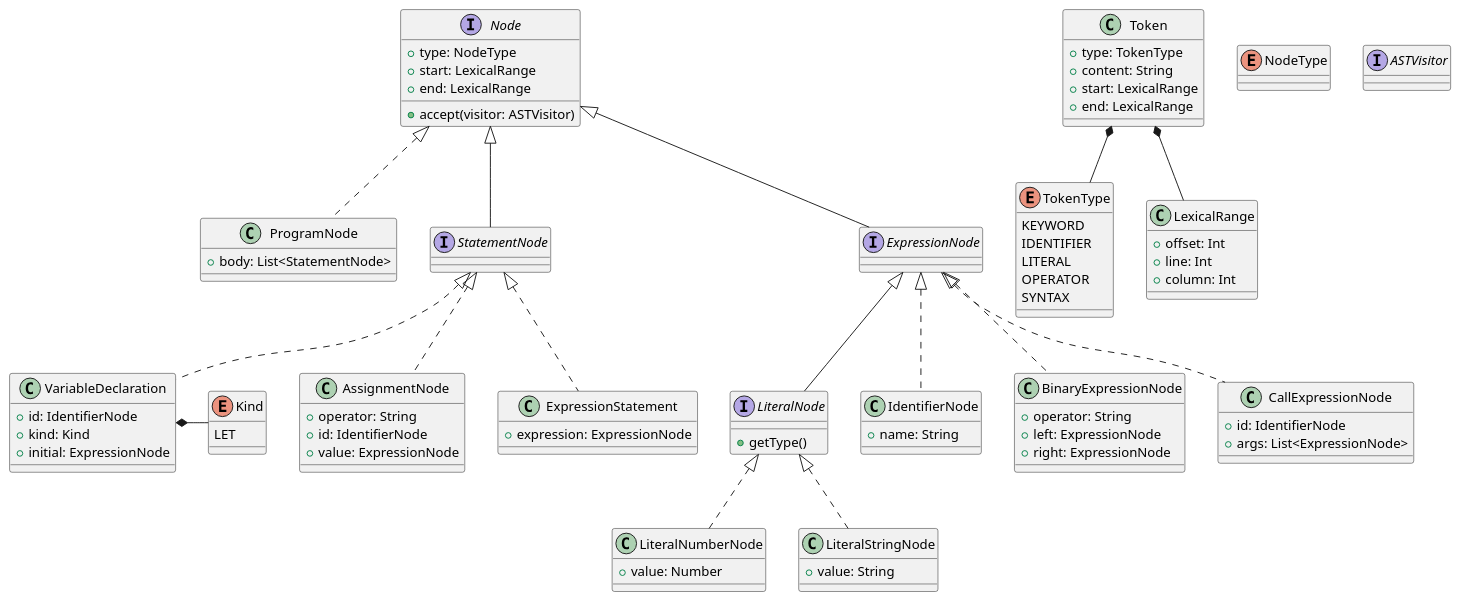
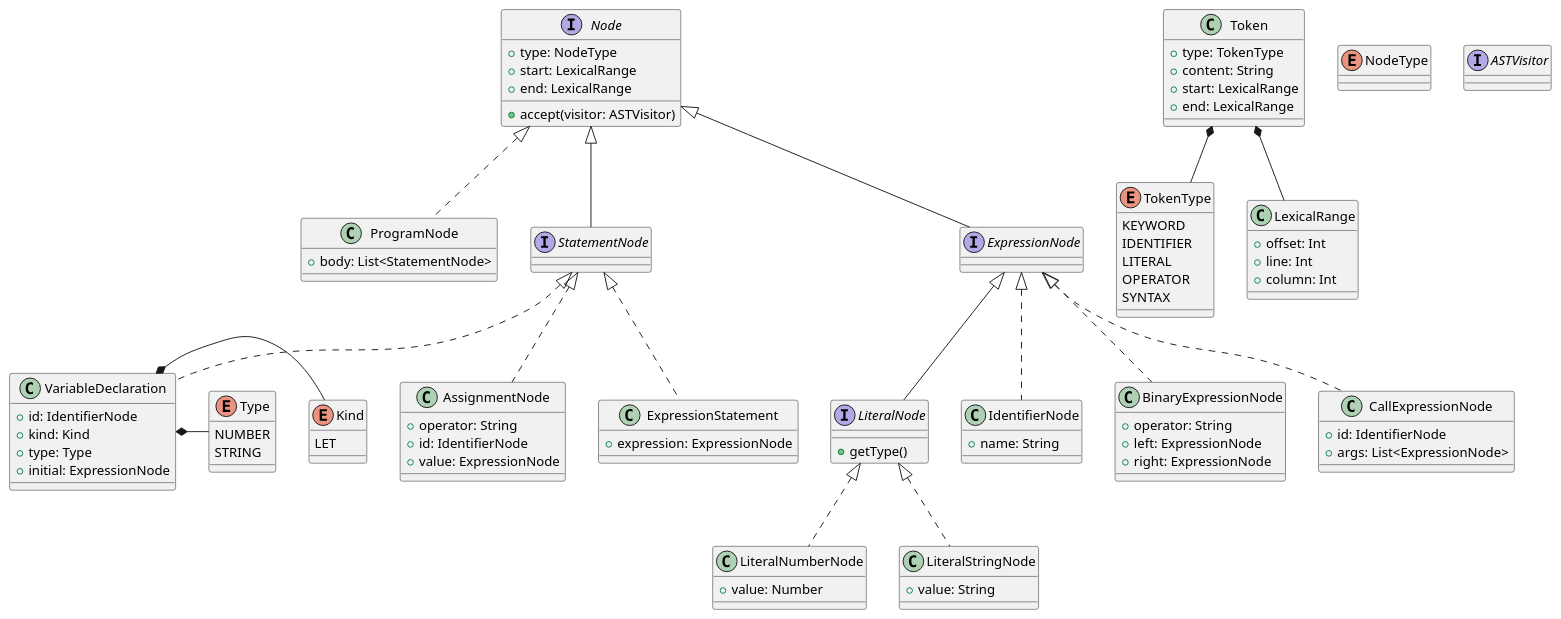
One commit to JulietaG13/PrintScript changed the diagram in diagrams/Classv2.puml. Above: the diagram before and after it, drawn with PlantUML. The commit also changed 2 other files, not shown here.

Commit message:
Add variable Type to VariableDeclarationNode

```diff
--- a/diagrams/Classv2.puml
+++ b/diagrams/Classv2.puml
@@ -1,105 +1,112 @@
 @startuml
 'https://plantuml.com/class-diagram
 
 
 class Token {
 + type: TokenType
 + content: String
 + start: LexicalRange
 + end: LexicalRange
 }
 Token *-- TokenType
 
 class LexicalRange {
 + offset: Int
 + line: Int
 + column: Int
 }
 Token *-- LexicalRange
 
 
 ' let a : number = 5;
 ' println("hola");
 enum TokenType {
 KEYWORD
 IDENTIFIER
 LITERAL
 OPERATOR
 SYNTAX
 }
 
 interface Node {
 + type: NodeType
 + start: LexicalRange
 + end: LexicalRange
 + accept(visitor: ASTVisitor)
 }
 
 enum NodeType {
 'TODO
 }
 
 class ProgramNode implements Node {
 + body: List<StatementNode>
 }
 
 interface StatementNode implements Node {
 }
 
 class AssignmentNode implements StatementNode {
 + operator: String
 + id: IdentifierNode
 + value: ExpressionNode
 }
 
 class VariableDeclaration implements StatementNode {
 + id: IdentifierNode
 + kind: Kind
++ type: Type
 + initial: ExpressionNode
 }
 VariableDeclaration *- Kind
+VariableDeclaration *- Type
 
 enum Kind {
 LET
+}
+
+enum Type {
+NUMBER
+STRING
 }
 
 class ExpressionStatement implements StatementNode {
 + expression: ExpressionNode
 }
 
 interface ExpressionNode implements Node {
 }
 
 interface LiteralNode implements ExpressionNode {
 + getType()
 }
 
 class LiteralNumberNode implements LiteralNode {
 + value: Number
 }
 
 class LiteralStringNode implements LiteralNode {
 + value: String
 }
 
 class IdentifierNode implements ExpressionNode {
 + name: String
 }
 
 class BinaryExpressionNode implements ExpressionNode {
 + operator: String
 + left: ExpressionNode
 + right: ExpressionNode
 }
 
 class CallExpressionNode implements ExpressionNode {
 + id: IdentifierNode
 + args: List<ExpressionNode>
 }
 
 'class DeclaratorNode implements Node
 
 interface ASTVisitor {
 }
 
 @enduml
```
